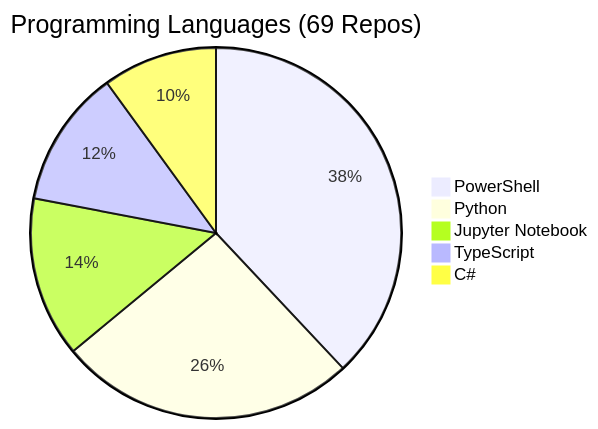
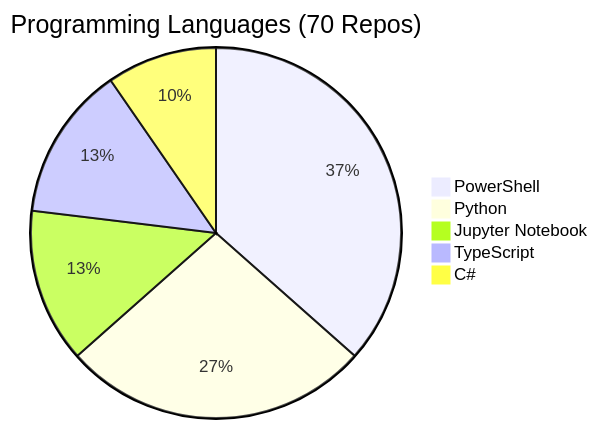
Before and after one commit to fabioc-aloha/fabioc-aloha: the diagram in REPOS.md, drawn with Mermaid. The commit also changed other lines of this file and 1 other file, not shown here.

````diff
--- a/REPOS.md
+++ b/REPOS.md
@@ -112,8 +113,8 @@
 ```mermaid
-pie title Programming Languages (69 Repos)
+pie title Programming Languages (70 Repos)
     "PowerShell" : 19
-    "Python" : 13
+    "Python" : 14
     "Jupyter Notebook" : 7
-    "TypeScript" : 6
+    "TypeScript" : 7
     "C#" : 5
 ```
````
